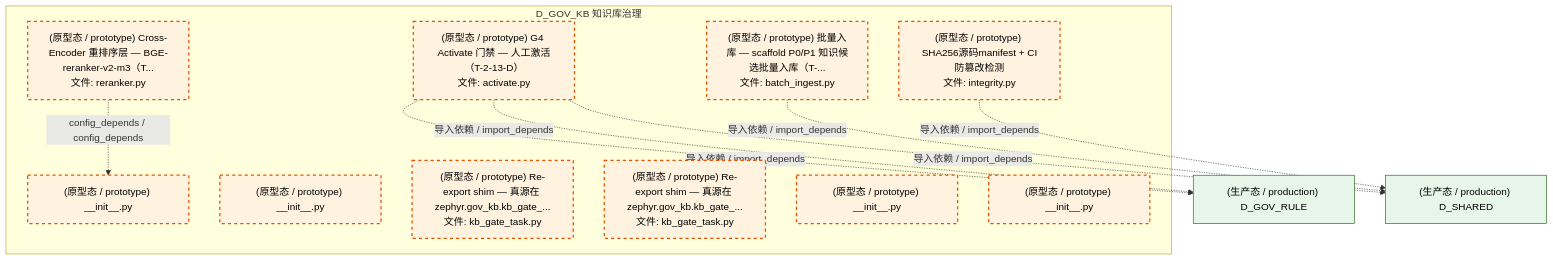
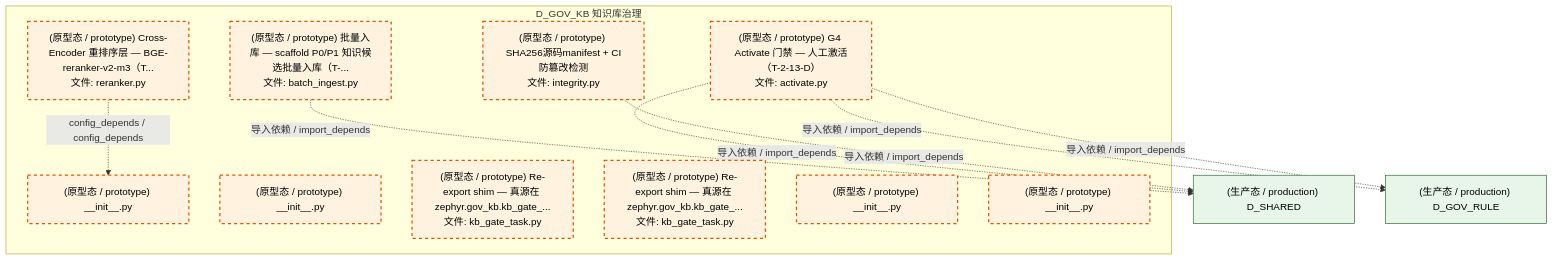
One commit to xuanFelixVan/ZephyrAlpha changed the third of 4 diagrams in docs/02_enterprise_architecture/02_domain_architecture_docs/43_d_gov_kb.md. Above: the diagram before and after it, drawn with Mermaid. The commit also changed other lines of this file and 105 other files, not shown here.

````diff
--- a/docs/02_enterprise_architecture/02_domain_architecture_docs/43_d_gov_kb.md
+++ b/docs/02_enterprise_architecture/02_domain_architecture_docs/43_d_gov_kb.md
@@ -222,29 +221,29 @@
 ```mermaid
 graph TD
     subgraph D_GOV_KB["D_GOV_KB 知识库治理"]
         src_zephyr_gov_kb_init_py["(原型态 / prototype) __init__.py"]
         src_zephyr_gov_kb_filing_nlp_engine_init_py["(原型态 / prototype) __init__.py"]
         src_zephyr_gov_kb_integrity_py["(原型态 / prototype) SHA256源码manifest + CI防篡改检测<br/>文件: integrity.py"]
         src_zephyr_gov_kb_kb_engine_kb_gate_task_py["(原型态 / prototype) Re-export shim — 真源在 zephyr.gov_kb.kb_gate_...<br/>文件: kb_gate_task.py"]
         src_zephyr_gov_kb_migration_kb_gate_task_py["(原型态 / prototype) Re-export shim — 真源在 zephyr.gov_kb.kb_gate_...<br/>文件: kb_gate_task.py"]
         src_zephyr_gov_kb_pipeline_activate_py["(原型态 / prototype) G4 Activate 门禁 — 人工激活（T-2-13-D）<br/>文件: activate.py"]
         src_zephyr_gov_kb_pipeline_batch_ingest_py["(原型态 / prototype) 批量入库 — scaffold P0/P1 知识候选批量入库（T-...<br/>文件: batch_ingest.py"]
         src_zephyr_gov_kb_reranker_py["(原型态 / prototype) Cross-Encoder 重排序层 — BGE-reranker-v2-m3（T...<br/>文件: reranker.py"]
         src_zephyr_gov_kb_sentiment_engine_init_py["(原型态 / prototype) __init__.py"]
         src_zephyr_gov_kb_supply_chain_graph_engine_init_py["(原型态 / prototype) __init__.py"]
     end
     src_zephyr_gov_kb_reranker_py -.->|config_depends / config_depends| src_zephyr_gov_kb_init_py
+    D_SHARED["(生产态 / production) D_SHARED"]
+    src_zephyr_gov_kb_pipeline_batch_ingest_py -.->|导入依赖 / import_depends| D_SHARED
     D_GOV_RULE["(生产态 / production) D_GOV_RULE"]
     src_zephyr_gov_kb_pipeline_activate_py -.->|导入依赖 / import_depends| D_GOV_RULE
     src_zephyr_gov_kb_pipeline_activate_py -.->|导入依赖 / import_depends| D_GOV_RULE
-    D_SHARED["(生产态 / production) D_SHARED"]
     src_zephyr_gov_kb_pipeline_activate_py -.->|导入依赖 / import_depends| D_SHARED
-    src_zephyr_gov_kb_pipeline_batch_ingest_py -.->|导入依赖 / import_depends| D_SHARED
     src_zephyr_gov_kb_integrity_py -.->|导入依赖 / import_depends| D_SHARED
     classDef production fill:#e1f5fe,stroke:#01579b,stroke-width:2px,color:#000
     classDef design fill:#fff3e0,stroke:#e65100,stroke-width:2px,color:#000,stroke-dasharray: 5 5
     classDef external_prod fill:#e8f5e9,stroke:#1b5e20,stroke-width:1px,color:#000
     classDef external_design fill:#fce4ec,stroke:#880e4f,stroke-width:1px,color:#000,stroke-dasharray: 5 5
     class src_zephyr_gov_kb_init_py,src_zephyr_gov_kb_filing_nlp_engine_init_py,src_zephyr_gov_kb_integrity_py,src_zephyr_gov_kb_kb_engine_kb_gate_task_py,src_zephyr_gov_kb_migration_kb_gate_task_py,src_zephyr_gov_kb_pipeline_activate_py,src_zephyr_gov_kb_pipeline_batch_ingest_py,src_zephyr_gov_kb_reranker_py,src_zephyr_gov_kb_sentiment_engine_init_py,src_zephyr_gov_kb_supply_chain_graph_engine_init_py design
-    class D_GOV_RULE,D_SHARED external_prod
+    class D_SHARED,D_GOV_RULE external_prod
 ```
````
